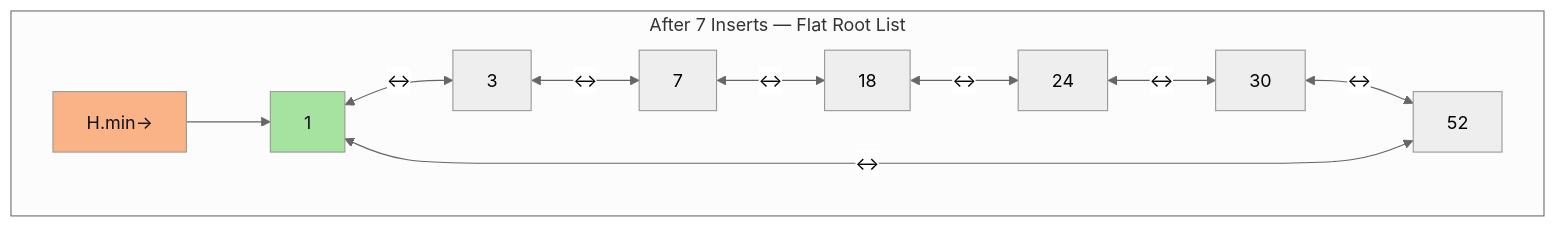
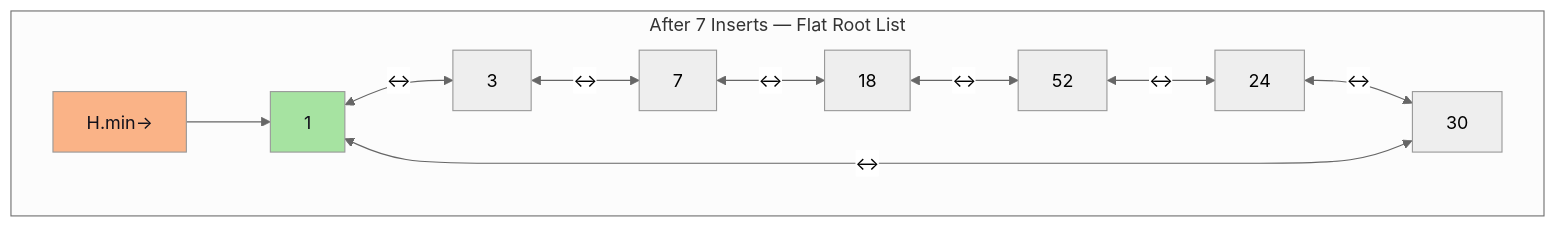
Diagram 41 of 59 in notes/design_and_analysis_of_algorithms/Unit_04_Advanced_Data_Structures.md (DeepLumiere/DeepSkills), drawn with Mermaid (neutral theme) before and after one commit. The commit also changed other lines of this file, not shown here.

````diff
--- a/notes/design_and_analysis_of_algorithms/Unit_04_Advanced_Data_Structures.md
+++ b/notes/design_and_analysis_of_algorithms/Unit_04_Advanced_Data_Structures.md
@@ -975,16 +1226,16 @@
 ```mermaid
 flowchart LR
     subgraph "After 7 Inserts — Flat Root List"
         direction LR
-        m["H.min→"] --> n1["1"]
+        m3["H.min→"] --> n1["1"]
         n1 <-->|"↔"| n3["3"]
         n3 <-->|"↔"| n7["7"]
         n7 <-->|"↔"| n18["18"]
-        n18 <-->|"↔"| n24["24"]
+        n18 <-->|"↔"| n52["52"]
+        n52 <-->|"↔"| n24["24"]
         n24 <-->|"↔"| n30["30"]
-        n30 <-->|"↔"| n52["52"]
-        n52 <-->|"↔"| n1
-        style m fill:#fab387,color:#11111b
+        n30 <-->|"↔"| n1
+        style m3 fill:#fab387,color:#11111b
         style n1 fill:#a6e3a1,color:#11111b
     end
 ```
````
